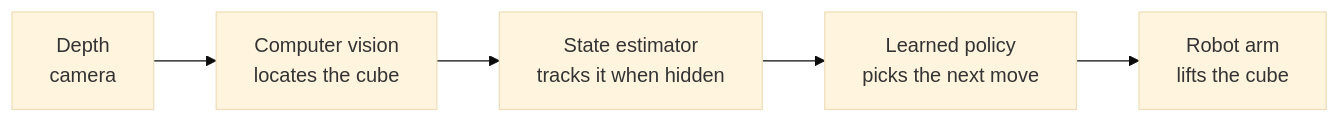
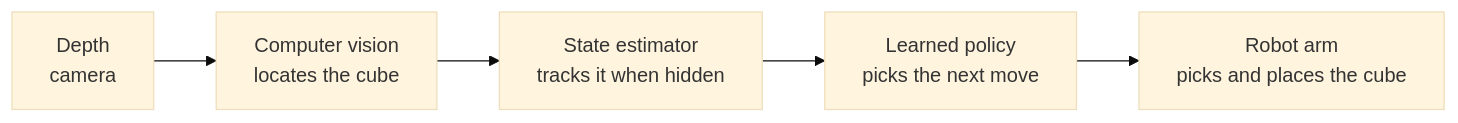
One commit to SEVT-Logistics-Private-Limited/My-AI-Engineering-Journey changed the second of 2 diagrams in README.md. Above: the diagram before and after it, drawn with Mermaid (base theme). The commit also changed other lines of this file and 1 other file, not shown here.

````diff
--- a/README.md
+++ b/README.md
@@ -52,4 +52,4 @@
 ```mermaid
 flowchart LR
-    A["Depth<br/>camera"] --> B["Computer vision<br/>locates the cube"] --> C["State estimator<br/>tracks it when hidden"] --> D["Learned policy<br/>picks the next move"] --> E["Robot arm<br/>lifts the cube"]
+    A["Depth<br/>camera"] --> B["Computer vision<br/>locates the cube"] --> C["State estimator<br/>tracks it when hidden"] --> D["Learned policy<br/>picks the next move"] --> E["Robot arm<br/>picks and places the cube"]
 ```
````
